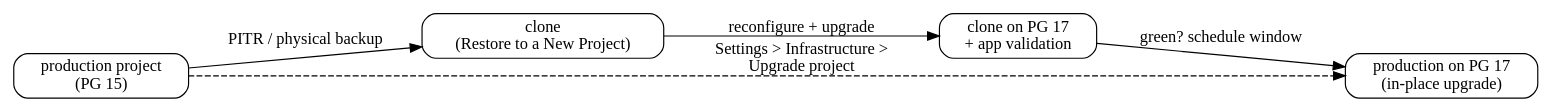
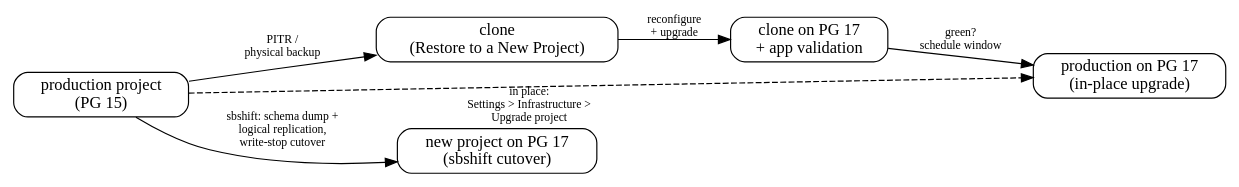
The diagram in src/content/docs/guides/supabase-postgres-major-upgrade-e2e.mdx (erfianugrah/lexicanum), drawn with Graphviz before and after one commit. The commit also changed other lines of this file, not shown here.

Commit message:
guides(pg-upgrade): note the auto-expose-new-tables toggle doesn't cover schemas

````diff
--- a/src/content/docs/guides/supabase-postgres-major-upgrade-e2e.mdx
+++ b/src/content/docs/guides/supabase-postgres-major-upgrade-e2e.mdx
@@ -31,14 +39,18 @@
 ```dot
 digraph upgrade {
   rankdir=LR;
+  forcelabels=true;
   node [shape=box, style=rounded];
+  edge [fontsize=10];
   prod [label="production project\n(PG 15)"];
   clone [label="clone\n(Restore to a New Project)"];
   clone17 [label="clone on PG 17\n+ app validation"];
   prod17 [label="production on PG 17\n(in-place upgrade)"];
-  prod -> clone [label="PITR / physical backup"];
-  clone -> clone17 [label="reconfigure + upgrade"];
-  clone17 -> prod17 [label="green? schedule window"];
-  prod -> prod17 [label="Settings > Infrastructure >\nUpgrade project", style=dashed];
+  sbnew [label="new project on PG 17\n(sbshift cutover)"];
+  prod -> clone [label="PITR /\nphysical backup"];
+  clone -> clone17 [label="reconfigure\n+ upgrade"];
+  clone17 -> prod17 [label="green?\nschedule window"];
+  prod -> prod17 [style=dashed, xlabel="in place:\nSettings > Infrastructure >\nUpgrade project"];
+  prod -> sbnew [label="sbshift: schema dump +\nlogical replication,\nwrite-stop cutover"];
 }
 ```
````
